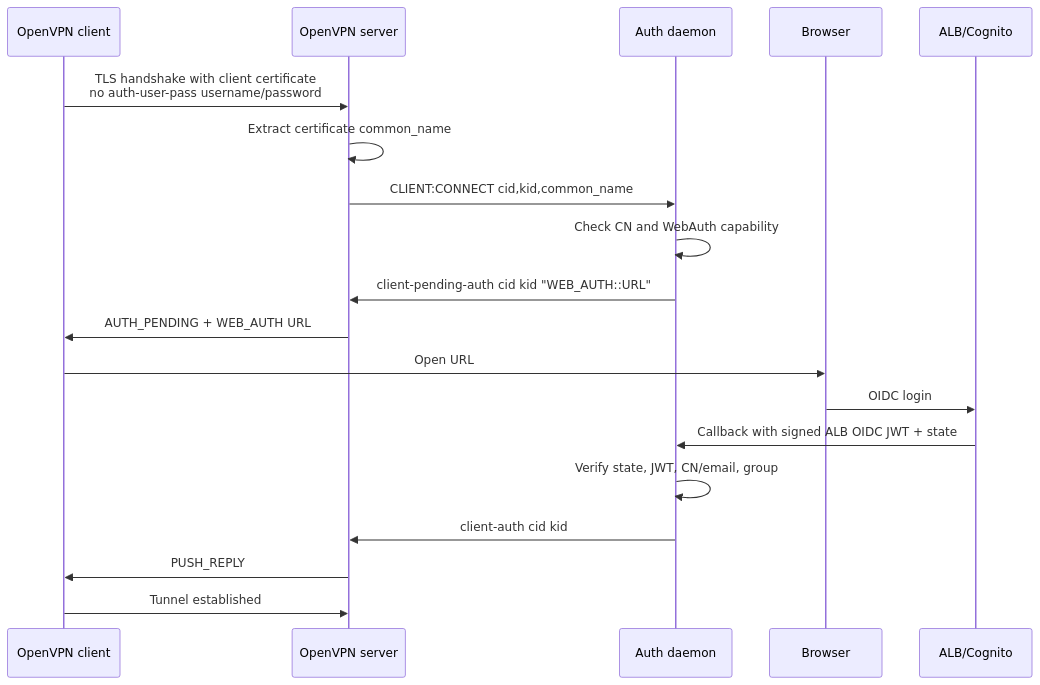
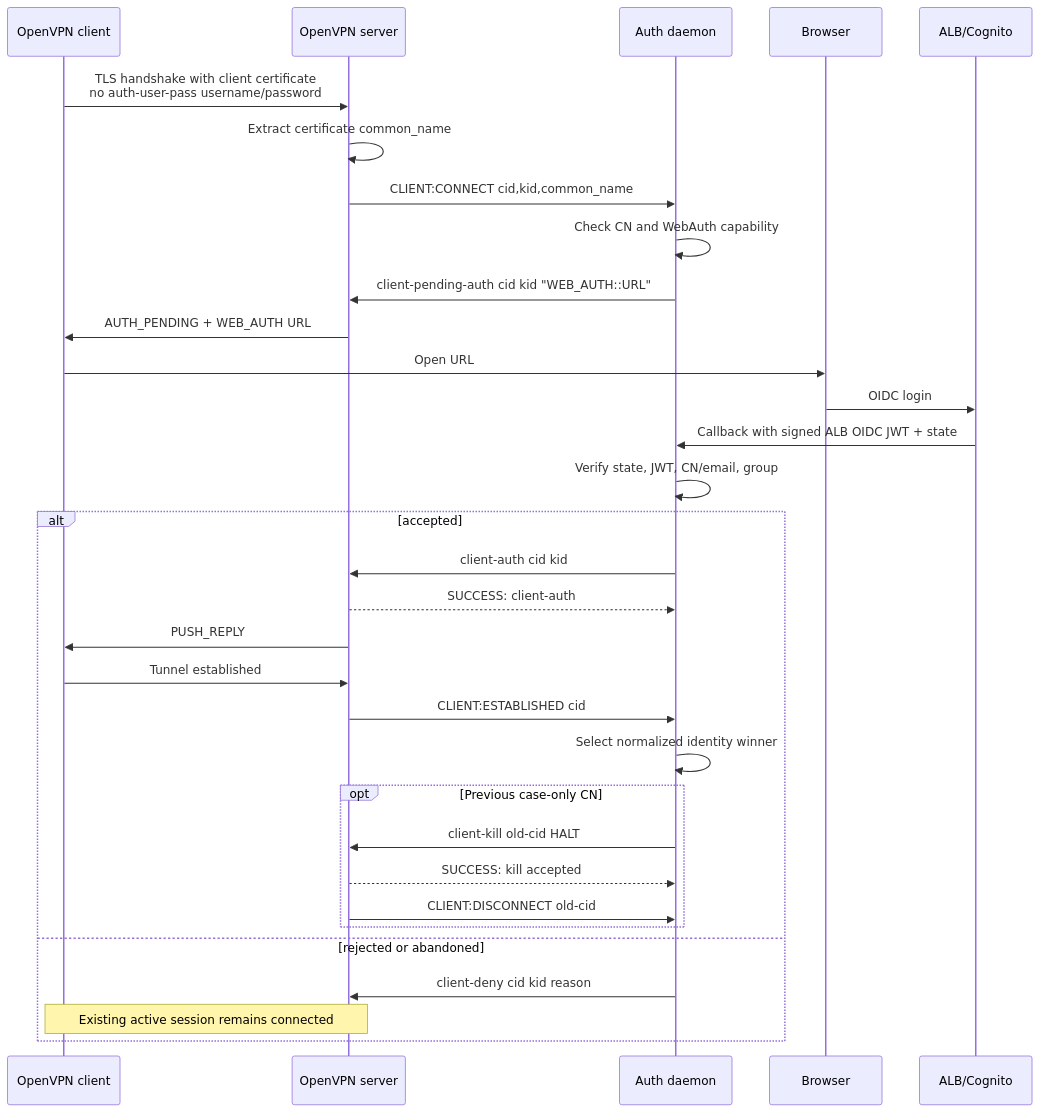
Before and after one commit to luk-kop/openvpn-auth-aws: the diagram in docs/openvpn-server.md, drawn with Mermaid. The commit also changed other lines of this file and 102 other files, not shown here.

````diff
--- a/docs/openvpn-server.md
+++ b/docs/openvpn-server.md
@@ -115,22 +155,35 @@
 ```mermaid
 sequenceDiagram
     participant C as OpenVPN client
     participant O as OpenVPN server
     participant D as Auth daemon
     participant B as Browser
     participant A as ALB/Cognito
 
     C->>O: TLS handshake with client certificate<br/>no auth-user-pass username/password
     O->>O: Extract certificate common_name
     O->>D: CLIENT:CONNECT cid,kid,common_name
     D->>D: Check CN and WebAuth capability
     D->>O: client-pending-auth cid kid "WEB_AUTH::URL"
     O->>C: AUTH_PENDING + WEB_AUTH URL
     C->>B: Open URL
     B->>A: OIDC login
     A->>D: Callback with signed ALB OIDC JWT + state
     D->>D: Verify state, JWT, CN/email, group
-    D->>O: client-auth cid kid
-    O->>C: PUSH_REPLY
-    C->>O: Tunnel established
+    alt accepted
+        D->>O: client-auth cid kid
+        O-->>D: SUCCESS: client-auth
+        O->>C: PUSH_REPLY
+        C->>O: Tunnel established
+        O->>D: CLIENT:ESTABLISHED cid
+        D->>D: Select normalized identity winner
+        opt Previous case-only CN
+            D->>O: client-kill old-cid HALT
+            O-->>D: SUCCESS: kill accepted
+            O->>D: CLIENT:DISCONNECT old-cid
+        end
+    else rejected or abandoned
+        D->>O: client-deny cid kid reason
+        Note over C,O: Existing active session remains connected
+    end
 ```
````
